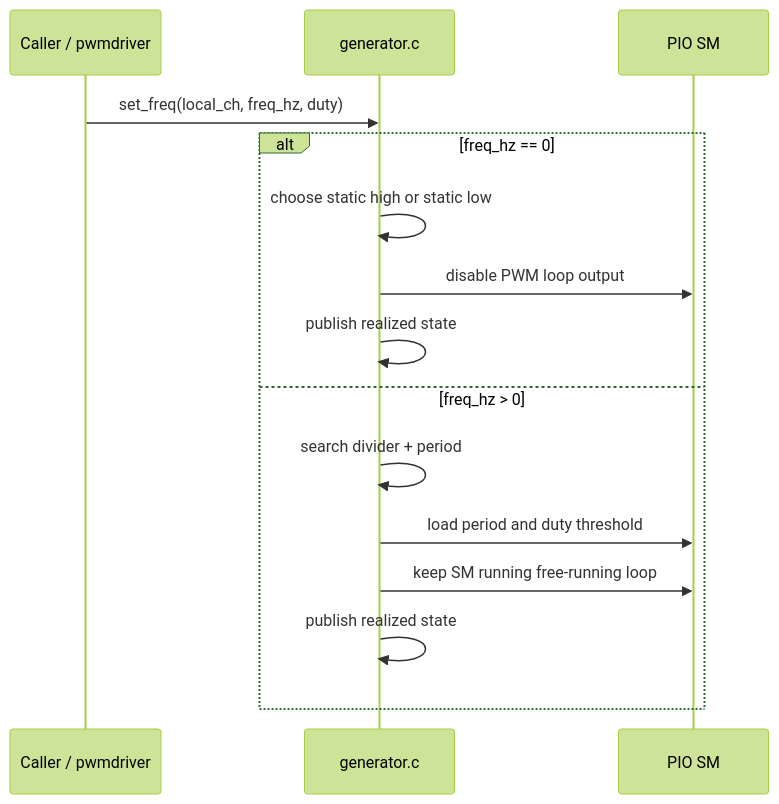
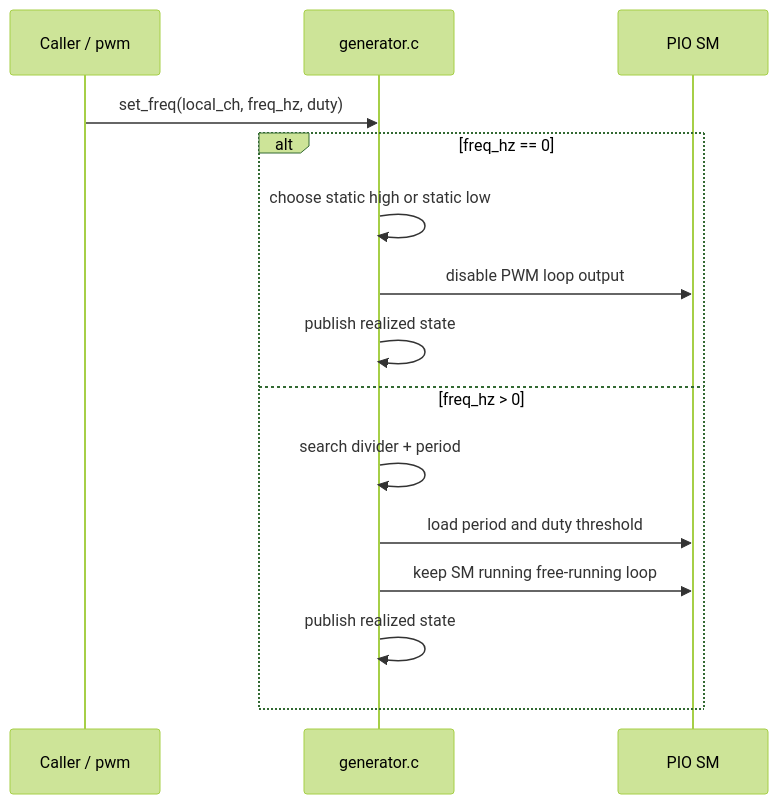
The second of 4 diagrams in docs/design/pio_pwm_design.md (djwinter29-oss/PicoPWM), drawn with Mermaid (forest theme) before and after one commit. The commit also changed other lines of this file and 115 other files, not shown here.

````diff
--- a/docs/design/pio_pwm_design.md
+++ b/docs/design/pio_pwm_design.md
@@ -168,18 +168,18 @@
 ```mermaid
 sequenceDiagram
-	participant Caller as Caller / pwmdriver
+	participant Caller as Caller / pwm
 	participant Gen as generator.c
 	participant PIO as PIO SM
 
 	Caller->>Gen: set_freq(local_ch, freq_hz, duty)
 	alt freq_hz == 0
 		Gen->>Gen: choose static high or static low
 		Gen->>PIO: disable PWM loop output
 		Gen->>Gen: publish realized state
 	else freq_hz > 0
 		Gen->>Gen: search divider + period
 		Gen->>PIO: load period and duty threshold
 		Gen->>PIO: keep SM running free-running loop
 		Gen->>Gen: publish realized state
 	end
 ```
````
